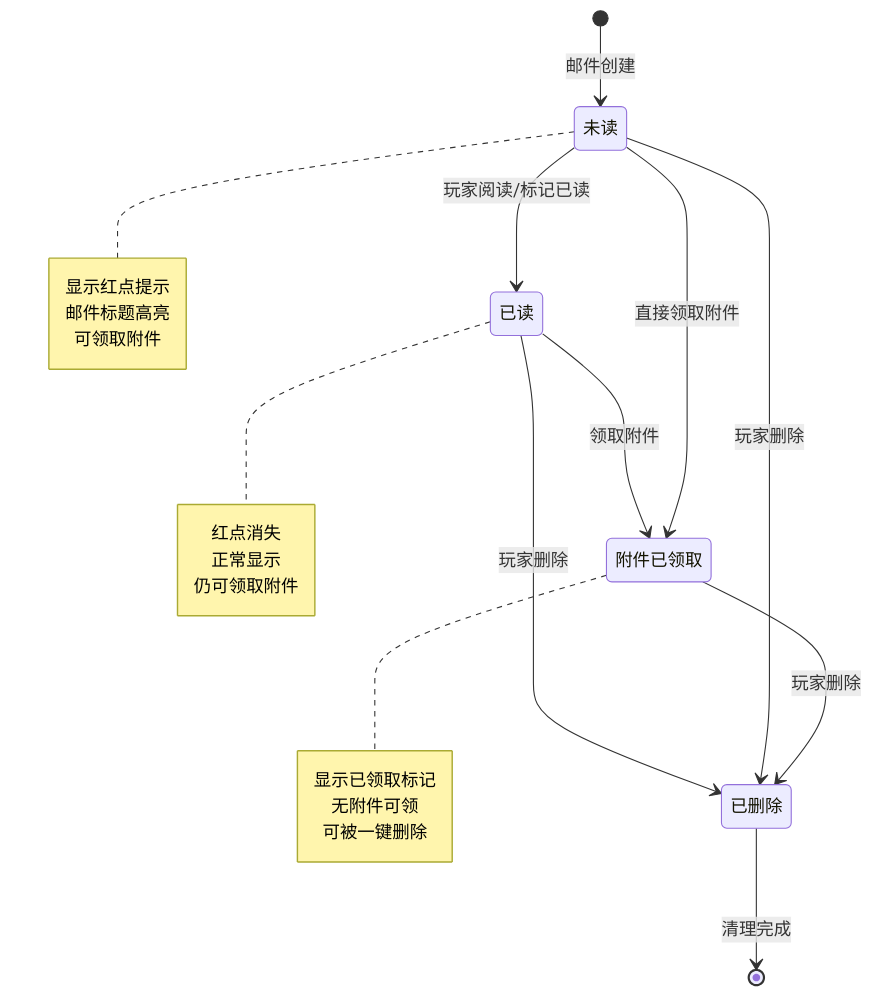
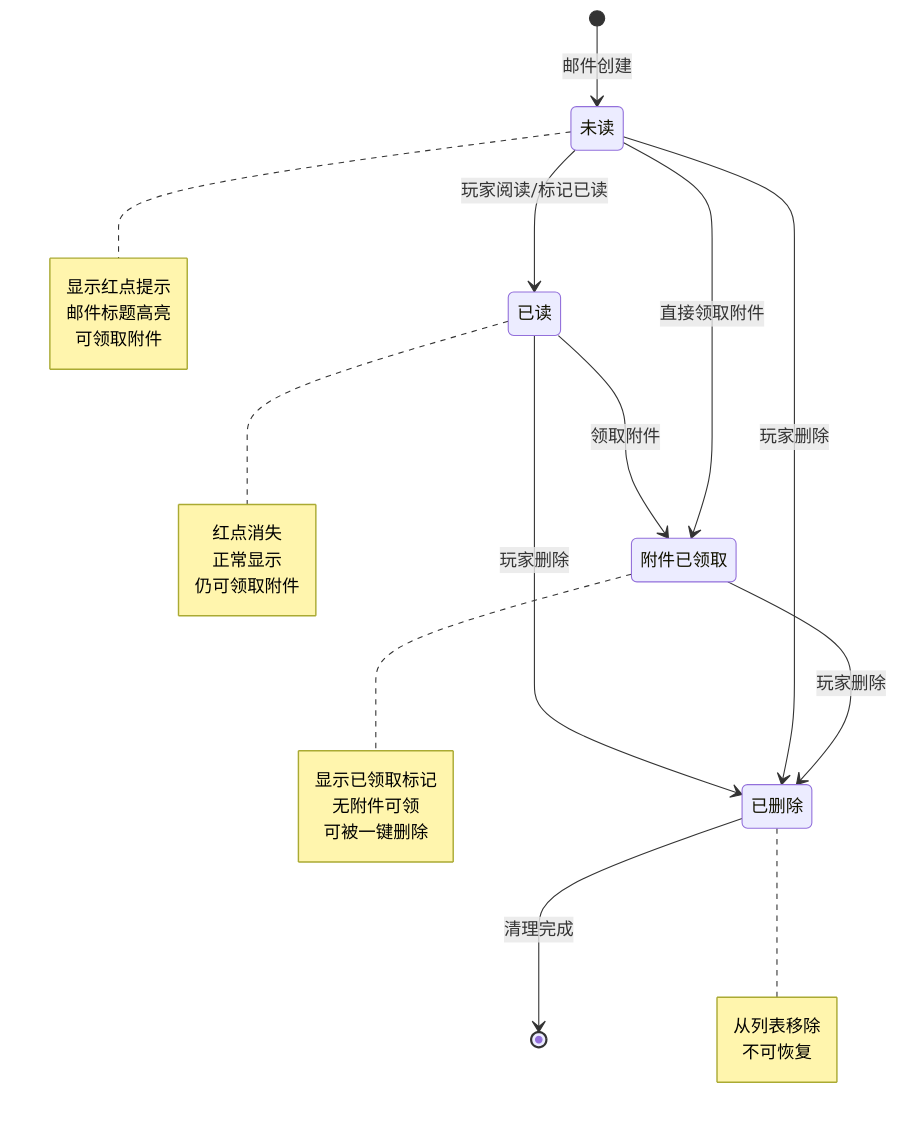
Before and after one commit to Alan-Ben/k2c_game_framework: diagram 16 of 16 in docs/Module_Mail/02_协议文档.md, drawn with Mermaid. The commit also changed other lines of this file and 10 other files, not shown here.

Commit message:
docs: 完善 Consort/Mail/Rank 模块文档 - mermaid图、代码示例、完整字段列表

````diff
--- a/docs/Module_Mail/02_协议文档.md
+++ b/docs/Module_Mail/02_协议文档.md
@@ -1006,29 +1289,34 @@
 ```mermaid
 stateDiagram-v2
     [*] --> 未读: 邮件创建
     未读 --> 已读: 玩家阅读/标记已读
     已读 --> 附件已领取: 领取附件
     未读 --> 附件已领取: 直接领取附件
     已读 --> 已删除: 玩家删除
     未读 --> 已删除: 玩家删除
     附件已领取 --> 已删除: 玩家删除
     已删除 --> [*]: 清理完成
 
     note right of 未读
         显示红点提示
         邮件标题高亮
         可领取附件
     end note
 
     note right of 已读
         红点消失
         正常显示
         仍可领取附件
     end note
 
     note right of 附件已领取
         显示已领取标记
         无附件可领
         可被一键删除
     end note
+
+    note right of 已删除
+        从列表移除
+        不可恢复
+    end note
 ```
````
